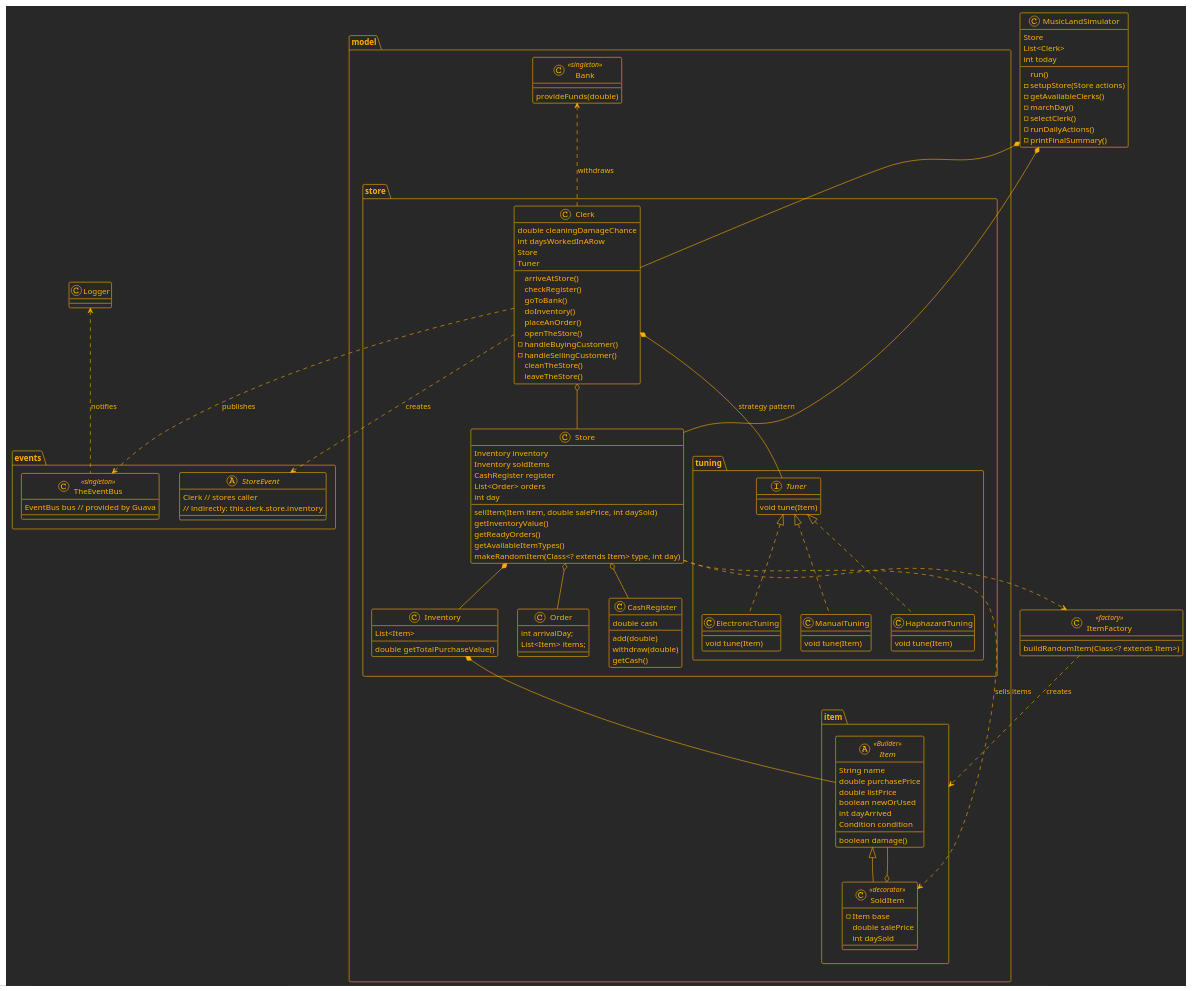
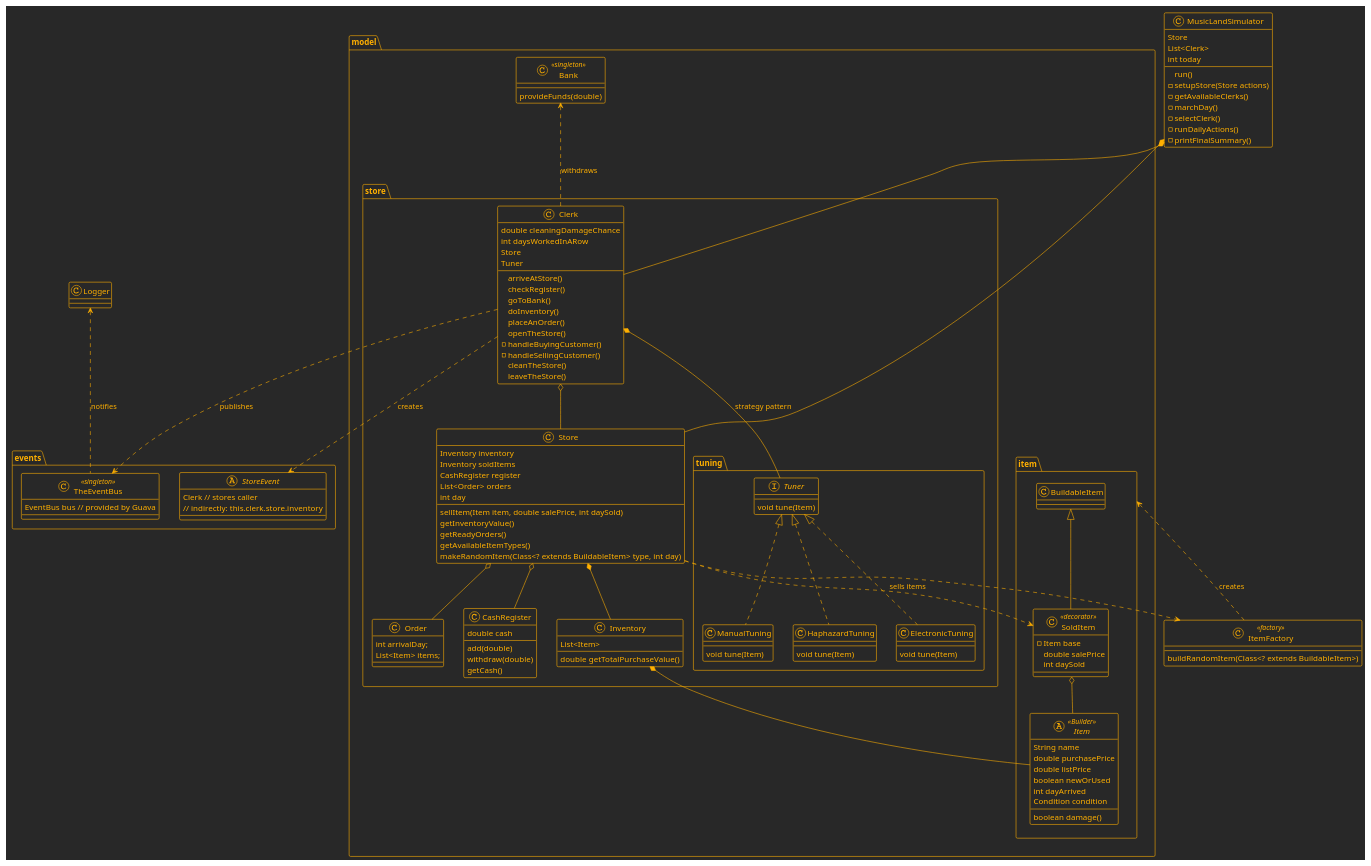
Before and after one commit to simondoesstuff/ooad-2025: the diagram in src/main/java/ooad/project3/assets/overallDesignUML.puml, drawn with PlantUML. The commit also changed 41 other files, not shown here.

```diff
--- a/src/main/java/ooad/project3/assets/overallDesignUML.puml
+++ b/src/main/java/ooad/project3/assets/overallDesignUML.puml
@@ -32,7 +32,7 @@
     /'    source code.'/
     /'  end note'/
 
-    class SoldItem <<decorator>> extends Item {
+    class SoldItem <<decorator>> extends BuildableItem {
       - Item base
       double salePrice
       int daySold
@@ -48,7 +48,7 @@
   /'  }'/
   /''/
   /'  ' --- Music Media ---'/
-  /'  abstract class Music <<Builder>> extends Item {'/
+  /'  abstract class Music <<Builder>> extends BuildableItem {'/
   /'    String band'/
   /'    String album'/
   /'  }'/
@@ -58,7 +58,7 @@
   /'  class Cassette <<Builder>> extends Music {}'/
   /''/
   /'  ' --- Media Players ---'/
-  /'  abstract class Players <<Builder>> extends Item {'/
+  /'  abstract class Players <<Builder>> extends BuildableItem {'/
   /'    boolean isEqualized'/
   /'  }'/
   /'  class CDPlayer <<Builder>> extends Players {}'/
@@ -67,7 +67,7 @@
   /'  class CassettePlayer <<Builder>> extends Music {}'/
   /''/
   /'  ' --- Instruments ---'/
-  /'  abstract class Instruments <<Builder>> extends Item {}'/
+  /'  abstract class Instruments <<Builder>> extends BuildableItem {}'/
   /''/
   /'  abstract class Stringed <<Builder>> extends Instruments {'/
   /'    boolean isElectric'/
@@ -100,7 +100,7 @@
   /'  class Saxophone <<Builder>> extends Wind {}'/
   /''/
   /'  ' --- Clothing ---'/
-  /'  abstract class Clothing <<Builder>> extends Item {}'/
+  /'  abstract class Clothing <<Builder>> extends BuildableItem {}'/
   /'  class Hat <<Builder>> extends Clothing {'/
   /'    String hatSize'/
   /'  }'/
@@ -117,7 +117,7 @@
   /'  class Bandana <<Builder>> extends Clothing {}'/
   /''/
   /'  ' --- Accessories ---'/
-  /'  abstract class Accessories <<Builder>> extends Item {}'/
+  /'  abstract class Accessories <<Builder>> extends BuildableItem {}'/
   /'  class PracticeAmp <<Builder>> extends Accessories {'/
   /'    int wattage'/
   /'  }'/
@@ -158,7 +158,7 @@
       getInventoryValue()
       getReadyOrders()
       getAvailableItemTypes()
-      makeRandomItem(Class<? extends Item> type, int day)
+      makeRandomItem(Class<? extends BuildableItem> type, int day)
     }
 
     class Inventory {
@@ -318,7 +318,7 @@
 }
 
 class ItemFactory <<factory>> {
-  buildRandomItem(Class<? extends Item>)
+  buildRandomItem(Class<? extends BuildableItem>)
 }
 
 class MusicLandSimulator {
```
